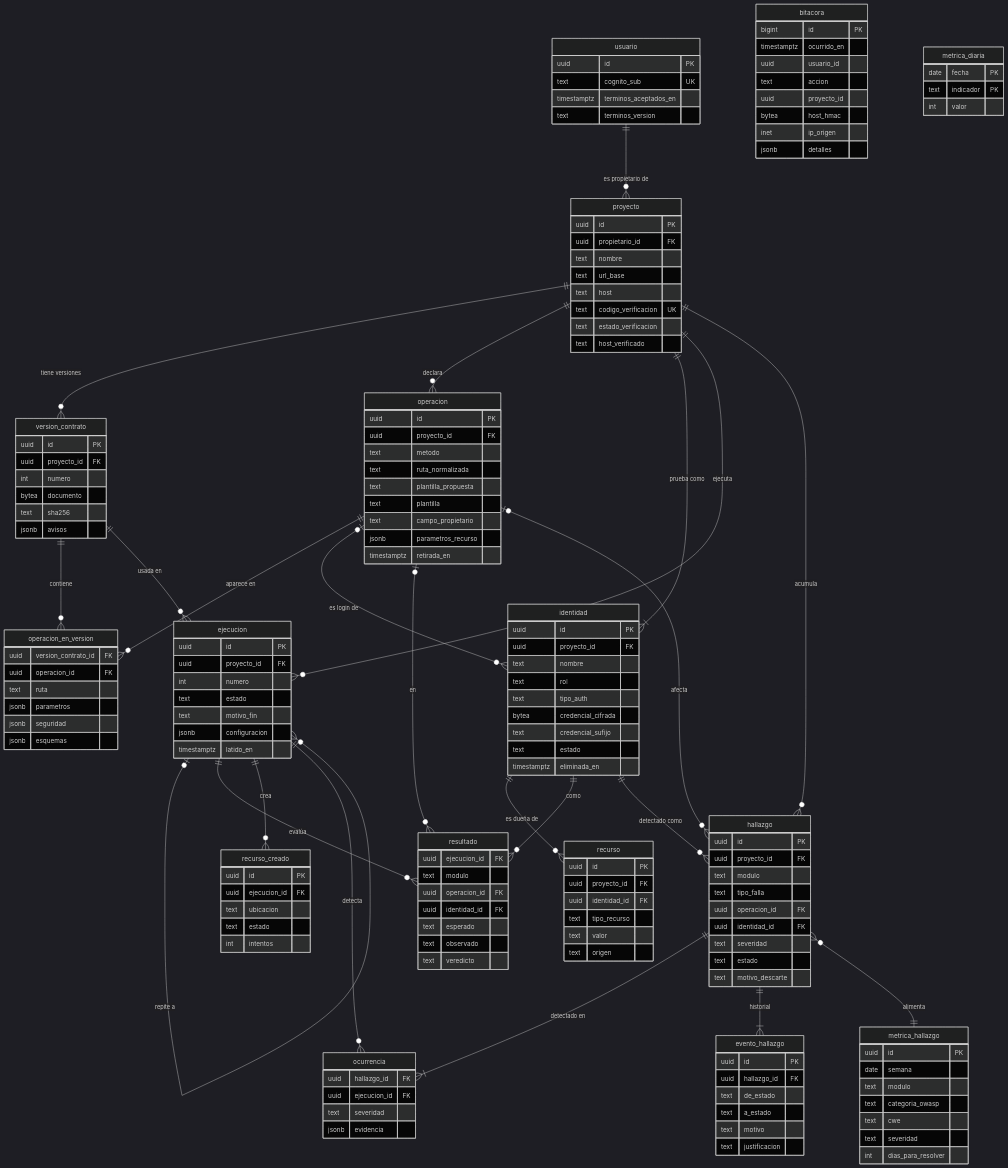
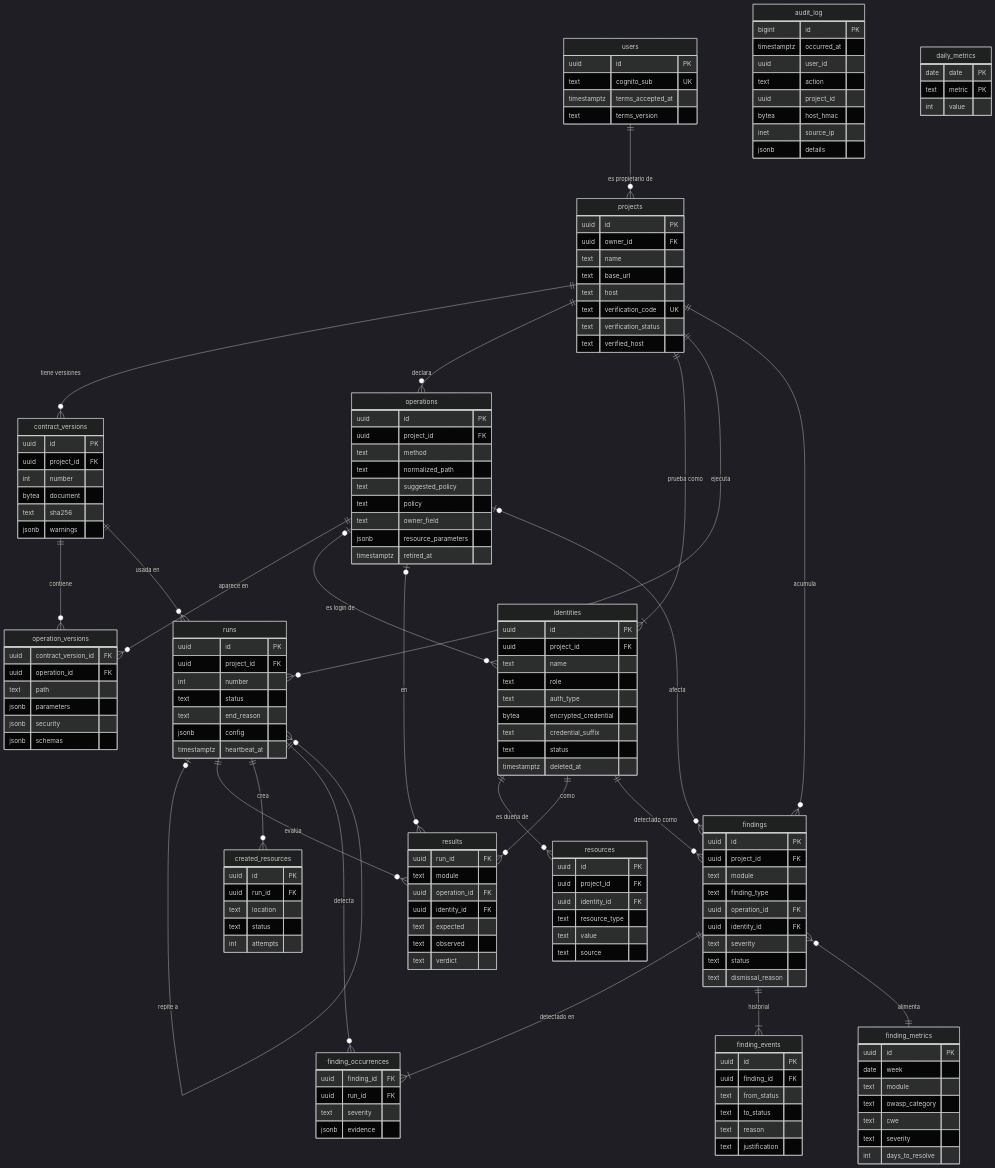
Before and after one commit to The-Tito/hindama-docs: the first of 4 diagrams in 02-datos/modelo.md, drawn with Mermaid (dark theme). The commit also changed other lines of this file and 13 other files, not shown here.

````diff
--- a/02-datos/modelo.md
+++ b/02-datos/modelo.md
@@ -33,162 +35,162 @@
 ```mermaid
 erDiagram
-    usuario ||--o{ proyecto : "es propietario de"
-    proyecto ||--o{ version_contrato : "tiene versiones"
-    proyecto ||--o{ operacion : "declara"
-    version_contrato ||--o{ operacion_en_version : "contiene"
-    operacion ||--o{ operacion_en_version : "aparece en"
-    proyecto ||--|{ identidad : "prueba como"
-    identidad ||--o{ recurso : "es dueña de"
-    operacion |o--o{ identidad : "es login de"
-    proyecto ||--o{ ejecucion : "ejecuta"
-    version_contrato ||--o{ ejecucion : "usada en"
-    ejecucion |o--o{ ejecucion : "repite a"
-    ejecucion ||--o{ resultado : "evalúa"
-    ejecucion ||--o{ recurso_creado : "crea"
-    operacion |o--o{ resultado : "en"
-    identidad ||--o{ resultado : "como"
-    proyecto ||--o{ hallazgo : "acumula"
-    operacion |o--o{ hallazgo : "afecta"
-    identidad ||--o{ hallazgo : "detectado como"
-    hallazgo ||--|{ ocurrencia : "detectado en"
-    ejecucion ||--o{ ocurrencia : "detecta"
-    hallazgo ||--|{ evento_hallazgo : "historial"
-    hallazgo }o--|| metrica_hallazgo : "alimenta"
+    users ||--o{ projects : "es propietario de"
+    projects ||--o{ contract_versions : "tiene versiones"
+    projects ||--o{ operations : "declara"
+    contract_versions ||--o{ operation_versions : "contiene"
+    operations ||--o{ operation_versions : "aparece en"
+    projects ||--|{ identities : "prueba como"
+    identities ||--o{ resources : "es dueña de"
+    operations |o--o{ identities : "es login de"
+    projects ||--o{ runs : "ejecuta"
+    contract_versions ||--o{ runs : "usada en"
+    runs |o--o{ runs : "repite a"
+    runs ||--o{ results : "evalúa"
+    runs ||--o{ created_resources : "crea"
+    operations |o--o{ results : "en"
+    identities ||--o{ results : "como"
+    projects ||--o{ findings : "acumula"
+    operations |o--o{ findings : "afecta"
+    identities ||--o{ findings : "detectado como"
+    findings ||--|{ finding_occurrences : "detectado en"
+    runs ||--o{ finding_occurrences : "detecta"
+    findings ||--|{ finding_events : "historial"
+    findings }o--|| finding_metrics : "alimenta"
 
-    usuario {
+    users {
         uuid id PK
         text cognito_sub UK
-        timestamptz terminos_aceptados_en
-        text terminos_version
+        timestamptz terms_accepted_at
+        text terms_version
     }
-    proyecto {
+    projects {
         uuid id PK
-        uuid propietario_id FK
-        text nombre
-        text url_base
+        uuid owner_id FK
+        text name
+        text base_url
         text host
-        text codigo_verificacion UK
-        text estado_verificacion
-        text host_verificado
+        text verification_code UK
+        text verification_status
+        text verified_host
     }
-    version_contrato {
+    contract_versions {
         uuid id PK
-        uuid proyecto_id FK
-        int numero
-        bytea documento
+        uuid project_id FK
+        int number
+        bytea document
         text sha256
-        jsonb avisos
+        jsonb warnings
     }
-    operacion {
+    operations {
         uuid id PK
-        uuid proyecto_id FK
-        text metodo
-        text ruta_normalizada
-        text plantilla_propuesta
-        text plantilla
-        text campo_propietario
-        jsonb parametros_recurso
-        timestamptz retirada_en
+        uuid project_id FK
+        text method
+        text normalized_path
+        text suggested_policy
+        text policy
+        text owner_field
+        jsonb resource_parameters
+        timestamptz retired_at
     }
-    operacion_en_version {
-        uuid version_contrato_id FK
-        uuid operacion_id FK
-        text ruta
-        jsonb parametros
-        jsonb seguridad
-        jsonb esquemas
+    operation_versions {
+        uuid contract_version_id FK
+        uuid operation_id FK
+        text path
+        jsonb parameters
+        jsonb security
+        jsonb schemas
     }
-    identidad {
+    identities {
         uuid id PK
-        uuid proyecto_id FK
-        text nombre
-        text rol
-        text tipo_auth
-        bytea credencial_cifrada
-        text credencial_sufijo
-        text estado
-        timestamptz eliminada_en
+        uuid project_id FK
+        text name
+        text role
+        text auth_type
+        bytea encrypted_credential
+        text credential_suffix
+        text status
+        timestamptz deleted_at
     }
-    recurso {
+    resources {
         uuid id PK
-        uuid proyecto_id FK
-        uuid identidad_id FK
-        text tipo_recurso
-        text valor
-        text origen
+        uuid project_id FK
+        uuid identity_id FK
+        text resource_type
+        text value
+        text source
     }
-    ejecucion {
+    runs {
         uuid id PK
-        uuid proyecto_id FK
-        int numero
-        text estado
-        text motivo_fin
-        jsonb configuracion
-        timestamptz latido_en
+        uuid project_id FK
+        int number
+        text status
+        text end_reason
+        jsonb config
+        timestamptz heartbeat_at
     }
-    resultado {
-        uuid ejecucion_id FK
-        text modulo
-        uuid operacion_id FK
-        uuid identidad_id FK
-        text esperado
-        text observado
-        text veredicto
+    results {
+        uuid run_id FK
+        text module
+        uuid operation_id FK
+        uuid identity_id FK
+        text expected
+        text observed
+        text verdict
     }
-    recurso_creado {
+    created_resources {
         uuid id PK
-        uuid ejecucion_id FK
-        text ubicacion
-        text estado
-        int intentos
+        uuid run_id FK
+        text location
+        text status
+        int attempts
     }
-    hallazgo {
+    findings {
         uuid id PK
-        uuid proyecto_id FK
-        text modulo
-        text tipo_falla
-        uuid operacion_id FK
-        uuid identidad_id FK
-        text severidad
-        text estado
-        text motivo_descarte
+        uuid project_id FK
+        text module
+        text finding_type
+        uuid operation_id FK
+        uuid identity_id FK
+        text severity
+        text status
+        text dismissal_reason
     }
-    ocurrencia {
-        uuid hallazgo_id FK
-        uuid ejecucion_id FK
-        text severidad
-        jsonb evidencia
+    finding_occurrences {
+        uuid finding_id FK
+        uuid run_id FK
+        text severity
+        jsonb evidence
     }
-    evento_hallazgo {
+    finding_events {
         uuid id PK
-        uuid hallazgo_id FK
-        text de_estado
-        text a_estado
-        text motivo
-        text justificacion
+        uuid finding_id FK
+        text from_status
+        text to_status
+        text reason
+        text justification
     }
-    bitacora {
+    audit_log {
         bigint id PK
-        timestamptz ocurrido_en
-        uuid usuario_id
-        text accion
-        uuid proyecto_id
+        timestamptz occurred_at
+        uuid user_id
+        text action
+        uuid project_id
         bytea host_hmac
-        inet ip_origen
-        jsonb detalles
+        inet source_ip
+        jsonb details
     }
-    metrica_hallazgo {
+    finding_metrics {
         uuid id PK
-        date semana
-        text modulo
-        text categoria_owasp
+        date week
+        text module
+        text owasp_category
         text cwe
-        text severidad
-        int dias_para_resolver
+        text severity
+        int days_to_resolve
     }
-    metrica_diaria {
-        date fecha PK
-        text indicador PK
-        int valor
+    daily_metrics {
+        date date PK
+        text metric PK
+        int value
     }
 ```
````
